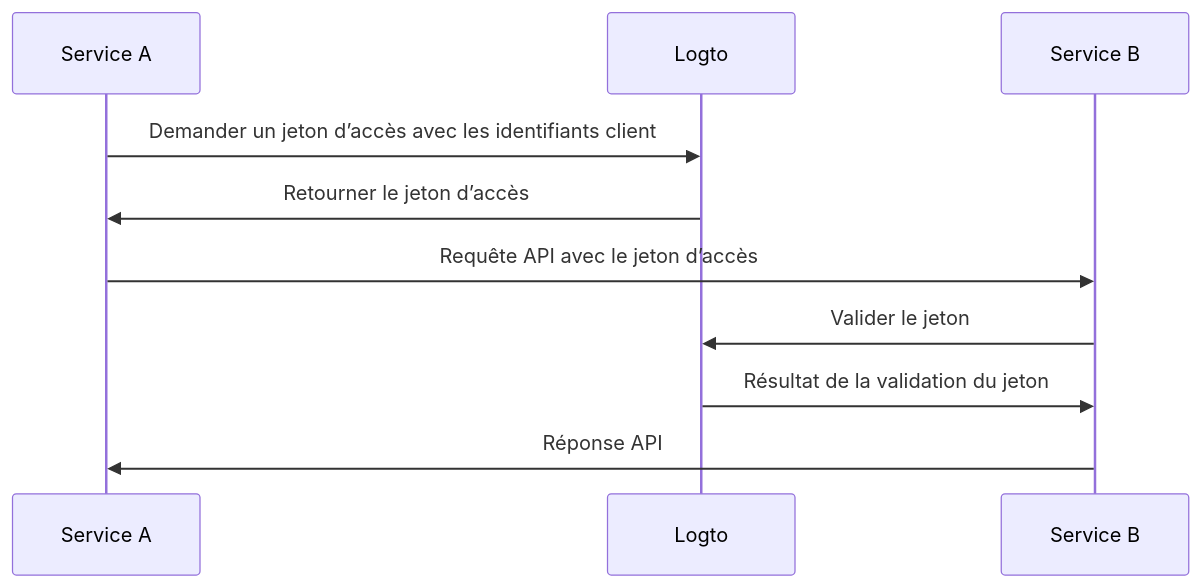
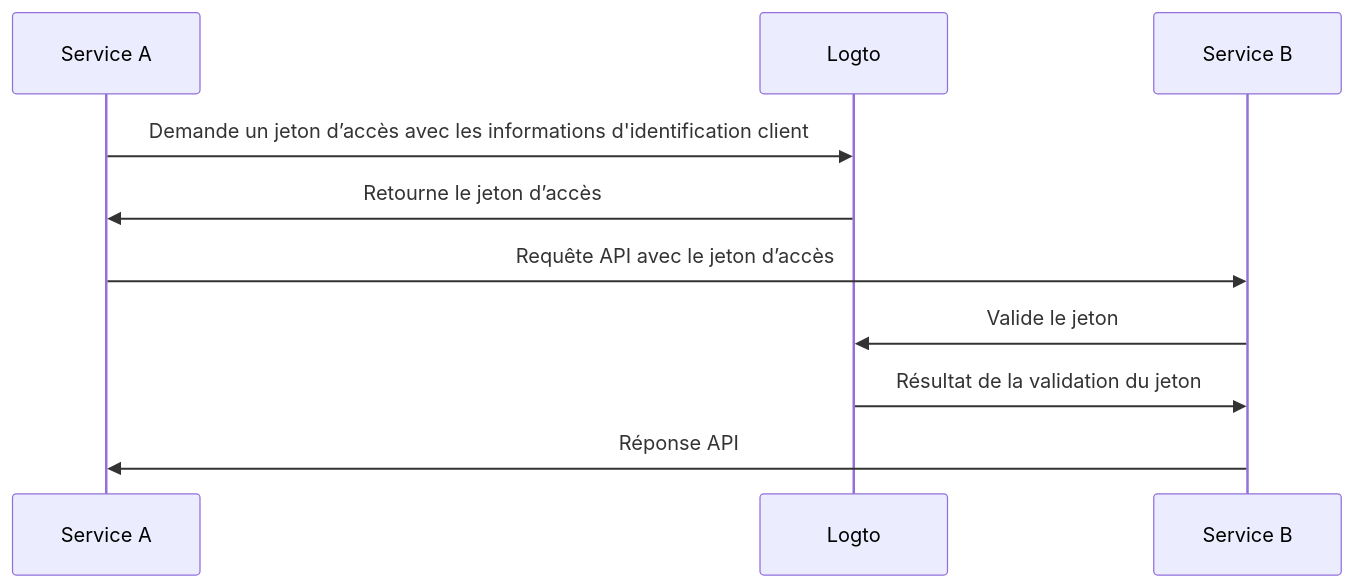
The second of 2 diagrams in i18n/fr/docusaurus-plugin-content-docs/current/integrate-logto/integrate-logto-into-your-application/understand-authentication-flow.mdx (logto-io/docs), drawn with Mermaid before and after one commit. The commit also changed other lines of this file and 428 other files, not shown here.

````diff
--- a/i18n/fr/docusaurus-plugin-content-docs/current/integrate-logto/integrate-logto-into-your-application/understand-authentication-flow.mdx
+++ b/i18n/fr/docusaurus-plugin-content-docs/current/integrate-logto/integrate-logto-into-your-application/understand-authentication-flow.mdx
@@ -37,13 +37,13 @@
 ```mermaid
 sequenceDiagram
     participant Service A
     participant Logto
     participant Service B
 
-    Service A->>Logto: Demander un jeton d’accès avec les identifiants client
-    Logto->>Service A: Retourner le jeton d’accès
-    Service A->>Service B: Requête API avec le jeton d’accès
-    Service B->>Logto: Valider le jeton
-    Logto->>Service B: Résultat de la validation du jeton
-    Service B->>Service A: Réponse API
+    Service A->>Logto : Demande un jeton d’accès avec les informations d'identification client
+    Logto->>Service A : Retourne le jeton d’accès
+    Service A->>Service B : Requête API avec le jeton d’accès
+    Service B->>Logto : Valide le jeton
+    Logto->>Service B : Résultat de la validation du jeton
+    Service B->>Service A : Réponse API
 ```
````
